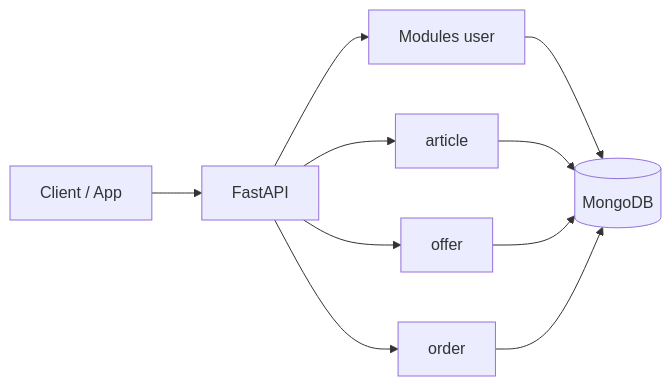
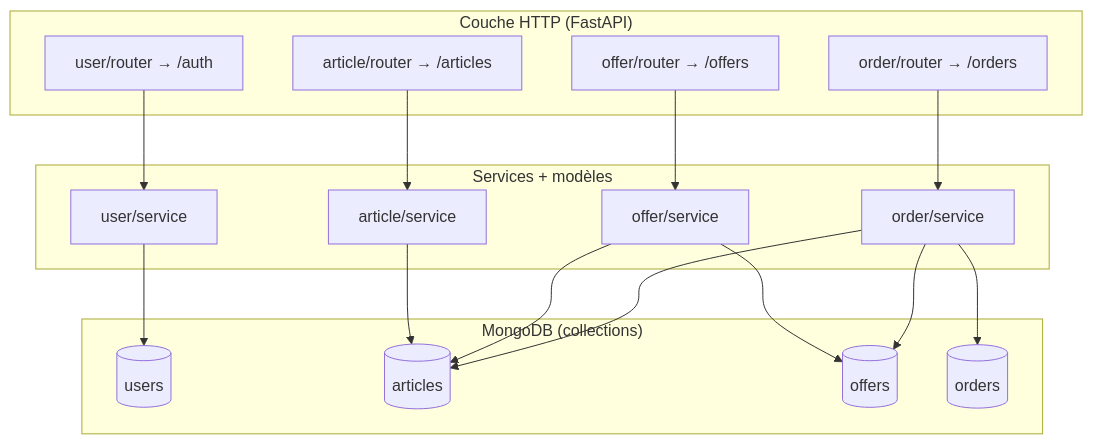
The second of 2 diagrams in docs/architecture.md (johnOfGod33/2_main_api), drawn with Mermaid before and after one commit. The commit also changed other lines of this file, not shown here.

````diff
--- a/docs/architecture.md
+++ b/docs/architecture.md
@@ -7,12 +54,36 @@
 ```mermaid
-flowchart LR
-  Client[Client / App] --> API[FastAPI]
-  API --> Auth[Modules user]
-  API --> Art[article]
-  API --> Off[offer]
-  API --> Ord[order]
-  Auth --> DB[(MongoDB)]
-  Art --> DB
-  Off --> DB
-  Ord --> DB
+flowchart TB
+    subgraph HTTP["Couche HTTP (FastAPI)"]
+        RU[user/router → /auth]
+        RA[article/router → /articles]
+        RO[offer/router → /offers]
+        RD[order/router → /orders]
+    end
+
+    subgraph SVC["Services + modèles"]
+        SU[user/service]
+        SA[article/service]
+        SO[offer/service]
+        SD[order/service]
+    end
+
+    subgraph DB["MongoDB (collections)"]
+        U[(users)]
+        A[(articles)]
+        O[(offers)]
+        D[(orders)]
+    end
+
+    RU --> SU
+    RA --> SA
+    RO --> SO
+    RD --> SD
+
+    SU --> U
+    SA --> A
+    SO --> O
+    SO --> A
+    SD --> D
+    SD --> O
+    SD --> A
 ```
````
